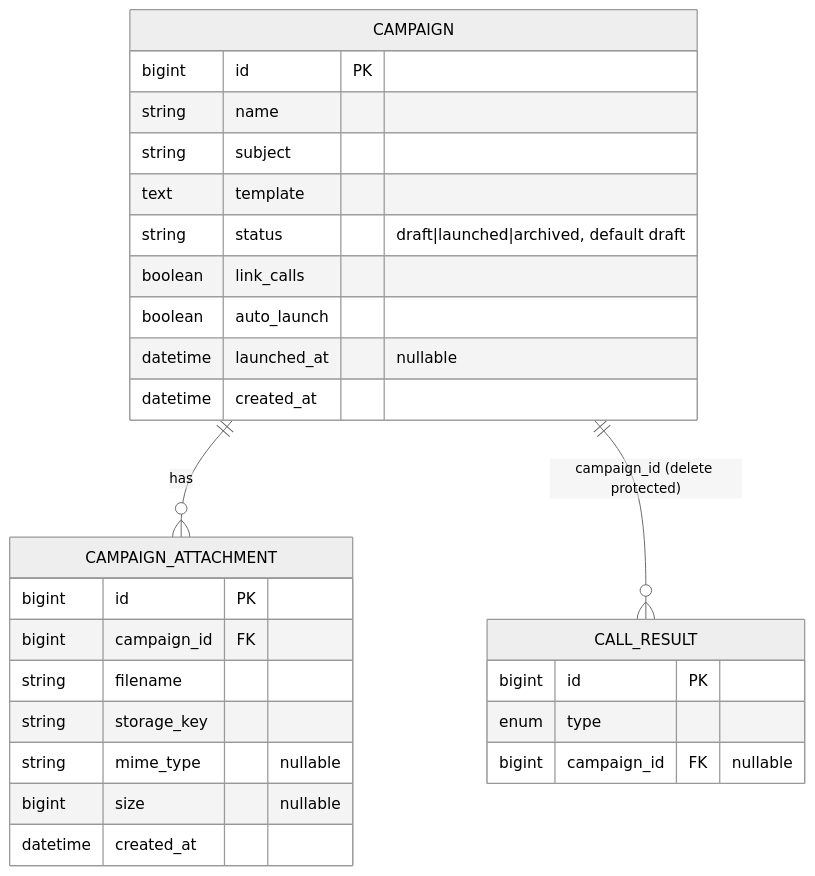
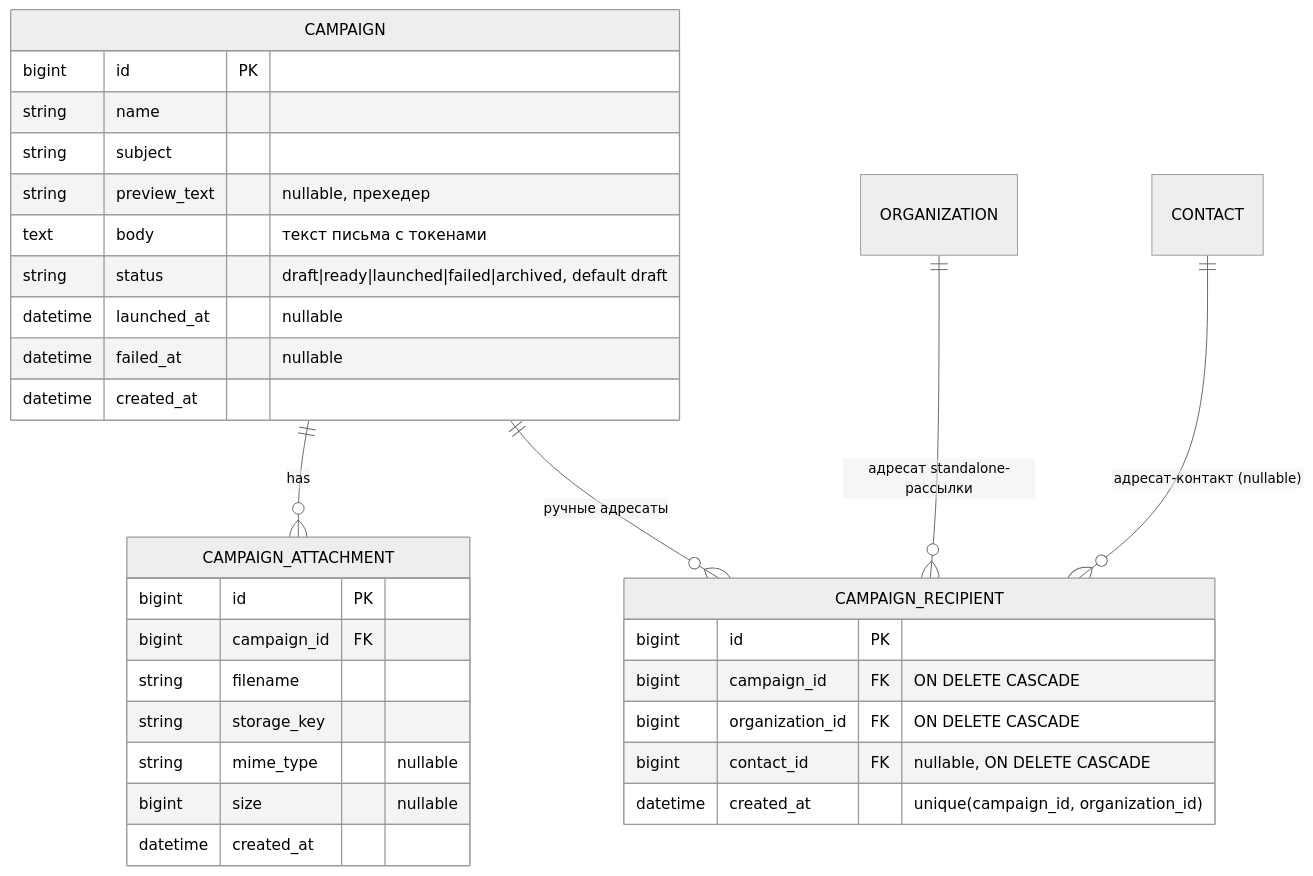
One commit to AliakseiBurak/crm-b2b-call changed the diagram in openspec/changes/campaign-entity/design.md. Above: the diagram before and after it, drawn with Mermaid (neutral theme). The commit also changed other lines of this file and 5 other files, not shown here.

````diff
--- a/openspec/changes/campaign-entity/design.md
+++ b/openspec/changes/campaign-entity/design.md
@@ -43,33 +49,38 @@
 ```mermaid
 erDiagram
     CAMPAIGN ||--o{ CAMPAIGN_ATTACHMENT : "has"
-    CAMPAIGN ||--o{ CALL_RESULT : "campaign_id (delete protected)"
+    CAMPAIGN ||--o{ CAMPAIGN_RECIPIENT : "ручные адресаты"
+    ORGANIZATION ||--o{ CAMPAIGN_RECIPIENT : "адресат standalone-рассылки"
+    CONTACT ||--o{ CAMPAIGN_RECIPIENT : "адресат-контакт (nullable)"
 
     CAMPAIGN {
         bigint id PK
         string name
         string subject
-        text template
-        string status "draft|launched|archived, default draft"
-        boolean link_calls
-        boolean auto_launch
+        string preview_text "nullable, прехедер"
+        text body "текст письма с токенами"
+        string status "draft|ready|launched|failed|archived, default draft"
         datetime launched_at "nullable"
+        datetime failed_at "nullable"
         datetime created_at
     }
 
     CAMPAIGN_ATTACHMENT {
         bigint id PK
         bigint campaign_id FK
         string filename
         string storage_key
         string mime_type "nullable"
         bigint size "nullable"
         datetime created_at
     }
 
-    CALL_RESULT {
+    CAMPAIGN_RECIPIENT {
         bigint id PK
-        enum type
-        bigint campaign_id FK "nullable"
+        bigint campaign_id FK "ON DELETE CASCADE"
+        bigint organization_id FK "ON DELETE CASCADE"
+        bigint contact_id FK "nullable, ON DELETE CASCADE"
+        datetime created_at
+        "unique(campaign_id, organization_id)"
     }
 ```
````
